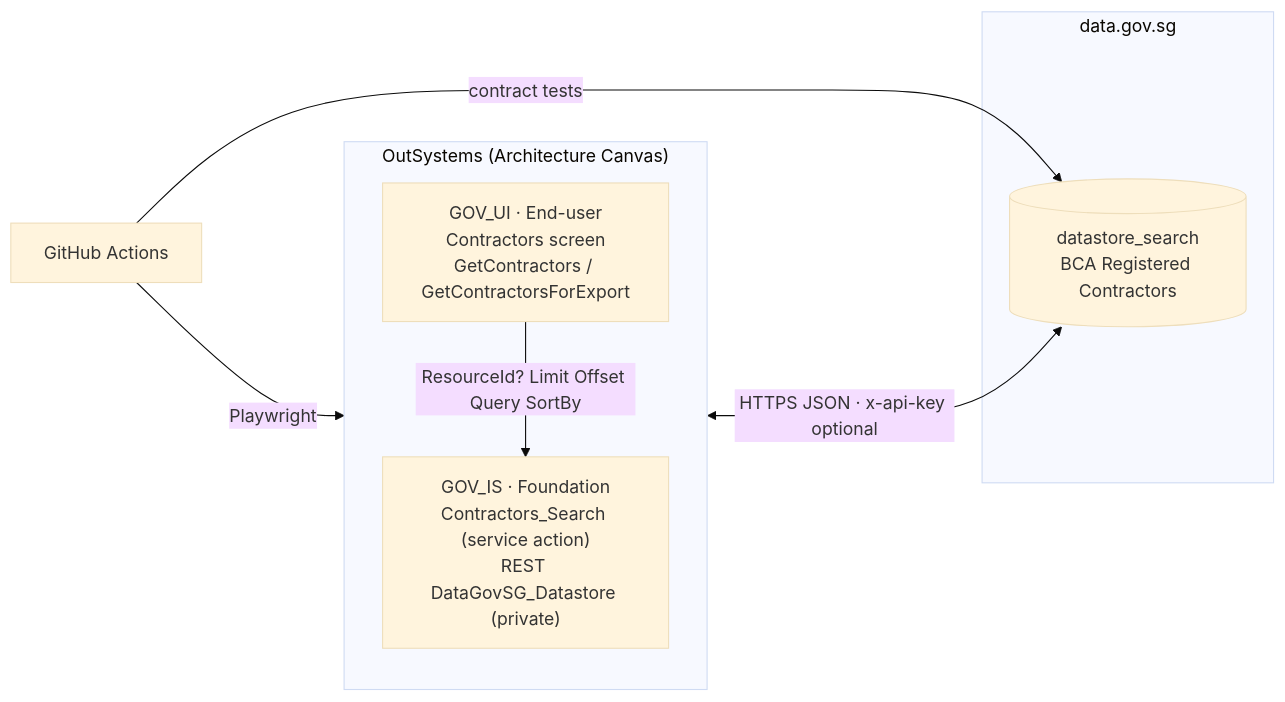
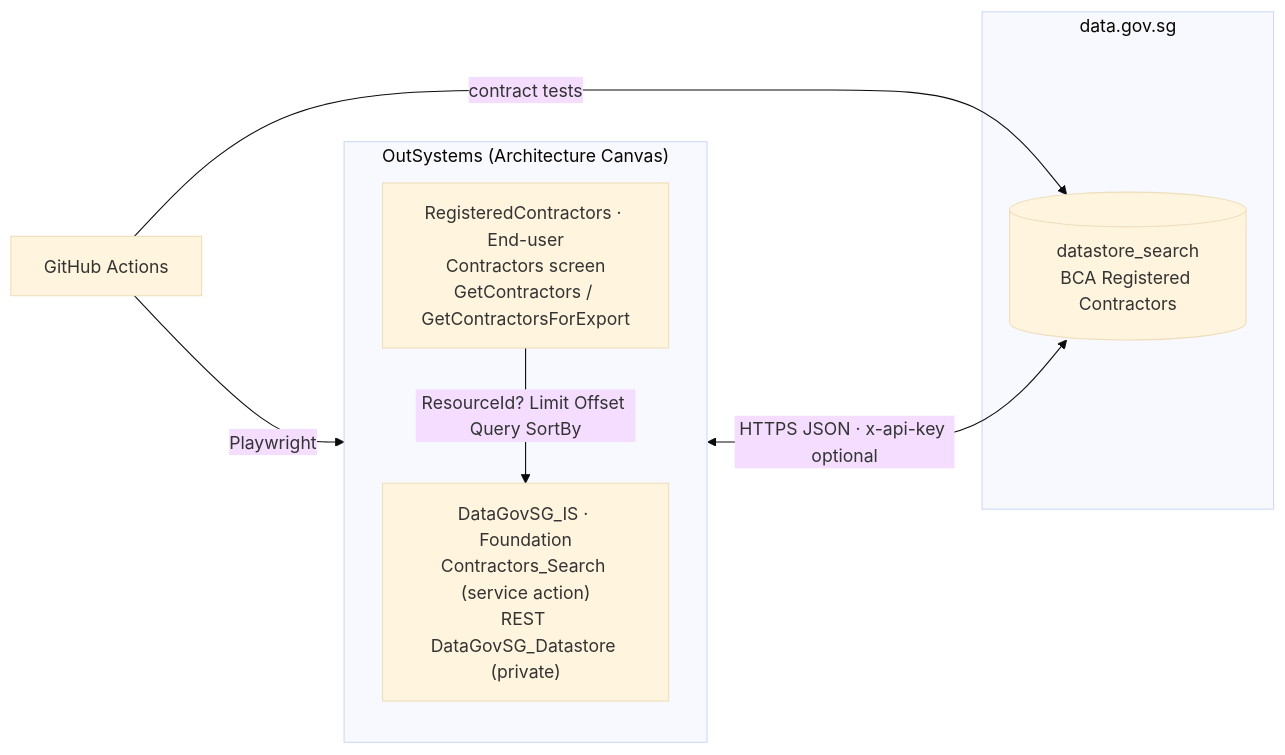
One commit to Vikram-garasiya/registered-contractors changed the first of 2 diagrams in README.md. Above: the diagram before and after it, drawn with Mermaid (base theme). The commit also changed other lines of this file and 5 other files, not shown here.

First line of the commit message:
Rename modules: GOV_IS -> DataGovSG_IS, GOV_UI -> RegisteredContractors

````diff
--- a/README.md
+++ b/README.md
@@ -39,15 +39,15 @@
 ```mermaid
 flowchart LR
   subgraph data.gov.sg
     DS[(datastore_search<br/>BCA Registered Contractors)]
   end
   subgraph "OutSystems (Architecture Canvas)"
     direction TB
-    UI["GOV_UI · End-user<br/>Contractors screen<br/>GetContractors / GetContractorsForExport"]
-    IS["GOV_IS · Foundation<br/>Contractors_Search (service action)<br/>REST DataGovSG_Datastore (private)"]
+    UI["RegisteredContractors · End-user<br/>Contractors screen<br/>GetContractors / GetContractorsForExport"]
+    IS["DataGovSG_IS · Foundation<br/>Contractors_Search (service action)<br/>REST DataGovSG_Datastore (private)"]
     UI -->|ResourceId? Limit Offset Query SortBy| IS
   end
   IS <-- HTTPS JSON · x-api-key optional --> DS
   CI[GitHub Actions] -->|contract tests| DS
   CI -->|Playwright| UI
 ```
````
